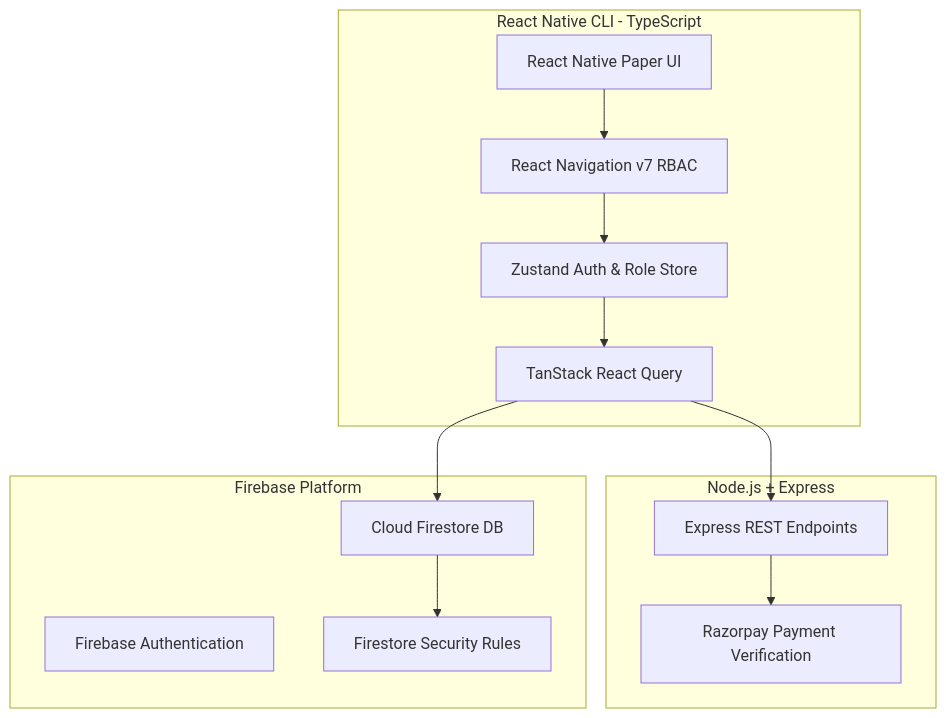
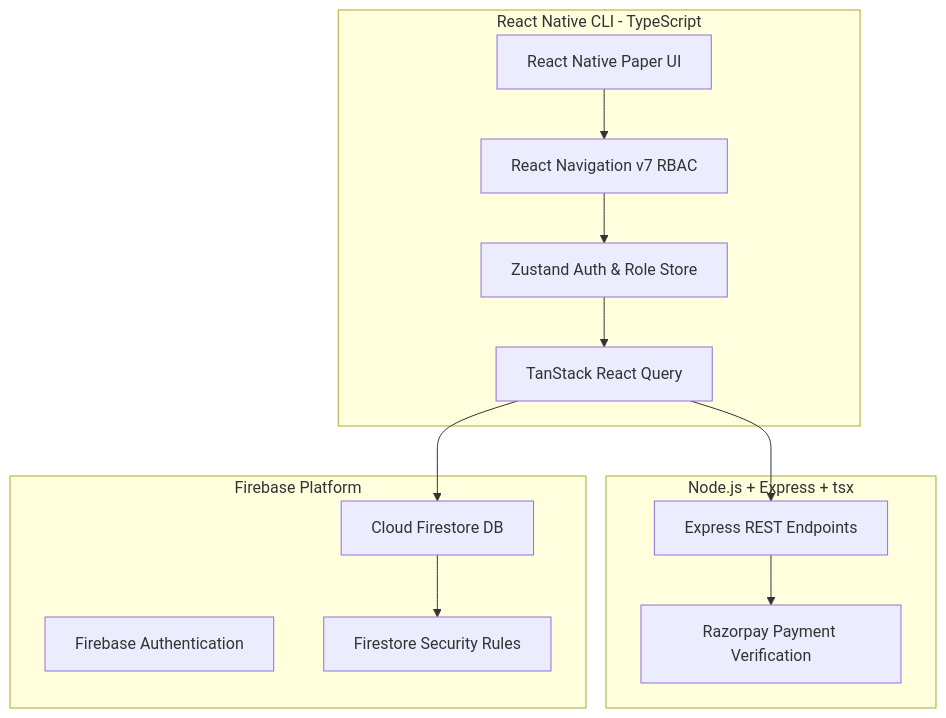
The diagram in README.md (niharr05/Society-ERP-System), drawn with Mermaid before and after one commit. The commit also changed other lines of this file, not shown here.

Commit message:
update README with backend tsx integration, Firebase setup instructions, and streamlined mobile setup guide

````diff
--- a/README.md
+++ b/README.md
@@ -9,28 +9,28 @@
 ```mermaid
 graph TD
     subgraph Mobile App [React Native CLI - TypeScript]
         UI[React Native Paper UI]
         State[Zustand Auth & Role Store]
         Query[TanStack React Query]
         Nav[React Navigation v7 RBAC]
     end
 
-    subgraph Backend API [Node.js + Express]
+    subgraph Backend API [Node.js + Express + tsx]
         API[Express REST Endpoints]
         Razorpay[Razorpay Payment Verification]
     end
 
     subgraph Database & Cloud [Firebase Platform]
         Auth[Firebase Authentication]
         Firestore[Cloud Firestore DB]
         Rules[Firestore Security Rules]
     end
 
     UI --> Nav
     Nav --> State
     State --> Query
     Query --> API
     API --> Razorpay
     Query --> Firestore
     Firestore --> Rules
 ```
````
